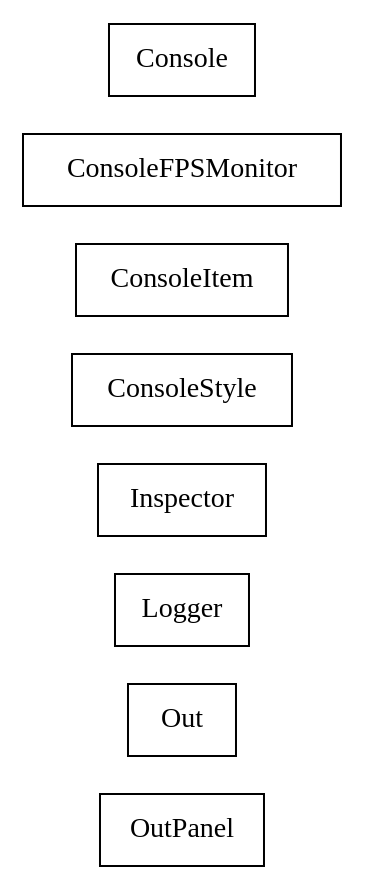
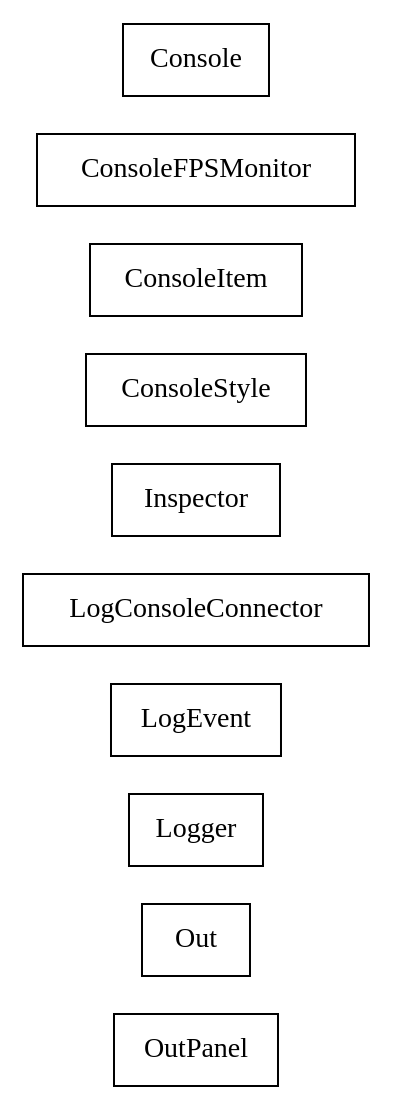
The diagram in docs/com/sekati/log/classes.dot (sekati/sasapi), drawn with Graphviz before and after one commit. The commit also changed 58 other files, not shown here.

```diff
--- a/docs/com/sekati/log/classes.dot
+++ b/docs/com/sekati/log/classes.dot
@@ -1,51 +1,63 @@
 strict digraph class_diagram {
   rankdir=LR;
   TypeOutPanel[
     label="OutPanel",
     URL="OutPanel.html",
     tooltip="com.sekati.log.OutPanel",
     shape="record"
   ];
   TypeOut[
     label="Out",
     URL="Out.html",
     tooltip="com.sekati.log.Out",
     shape="record"
   ];
   TypeLogger[
     label="Logger",
     URL="Logger.html",
     tooltip="com.sekati.log.Logger",
+    shape="record"
+  ];
+  TypeLogEvent[
+    label="LogEvent",
+    URL="LogEvent.html",
+    tooltip="com.sekati.log.LogEvent",
+    shape="record"
+  ];
+  TypeLogConsoleConnector[
+    label="LogConsoleConnector",
+    URL="LogConsoleConnector.html",
+    tooltip="com.sekati.log.LogConsoleConnector",
     shape="record"
   ];
   TypeInspector[
     label="Inspector",
     URL="Inspector.html",
     tooltip="com.sekati.log.Inspector",
     shape="record"
   ];
   TypeConsoleStyle[
     label="ConsoleStyle",
     URL="ConsoleStyle.html",
     tooltip="com.sekati.log.ConsoleStyle",
     shape="record"
   ];
   TypeConsoleItem[
     label="ConsoleItem",
     URL="ConsoleItem.html",
     tooltip="com.sekati.log.ConsoleItem",
     shape="record"
   ];
   TypeConsoleFPSMonitor[
     label="ConsoleFPSMonitor",
     URL="ConsoleFPSMonitor.html",
     tooltip="com.sekati.log.ConsoleFPSMonitor",
     shape="record"
   ];
   TypeConsole[
     label="Console",
     URL="Console.html",
     tooltip="com.sekati.log.Console",
     shape="record"
   ];
 }
```
